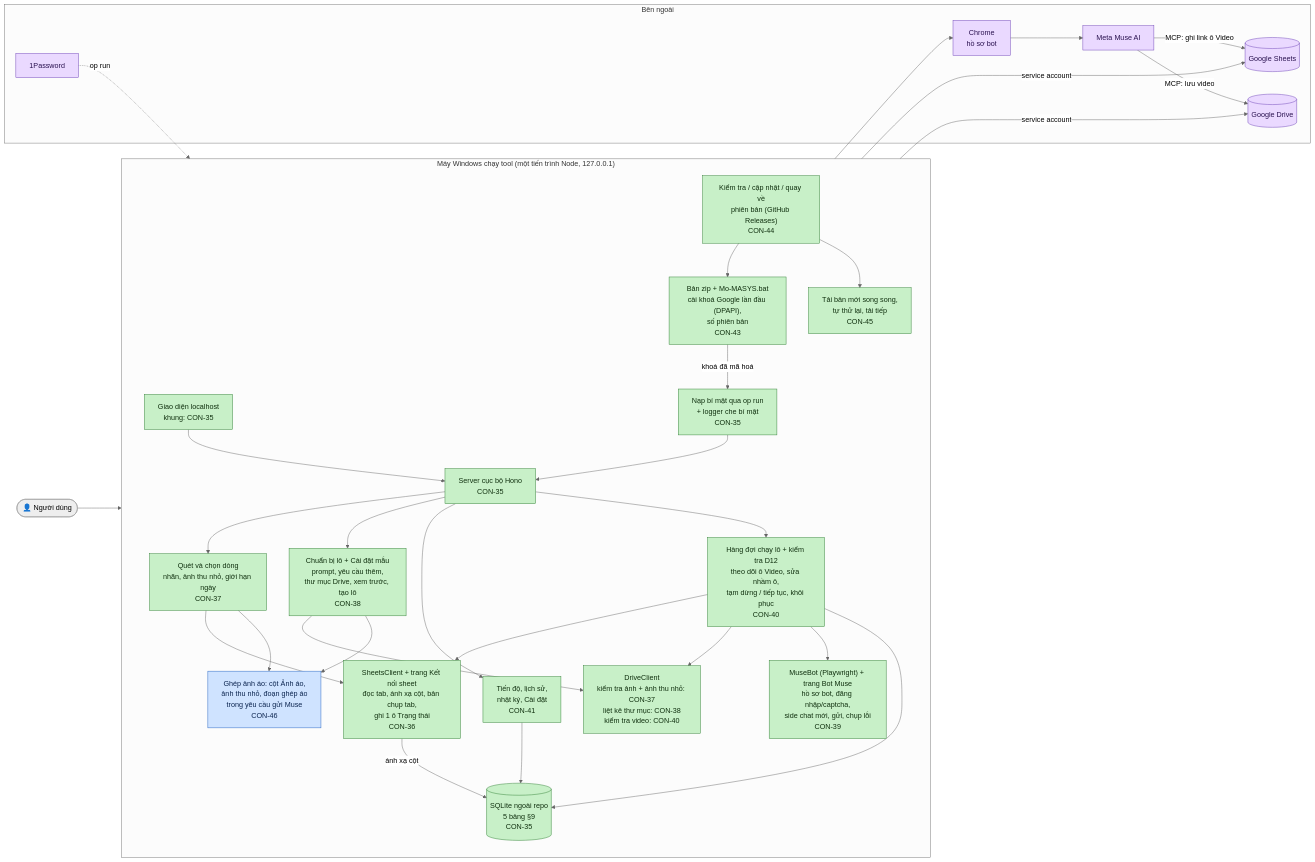
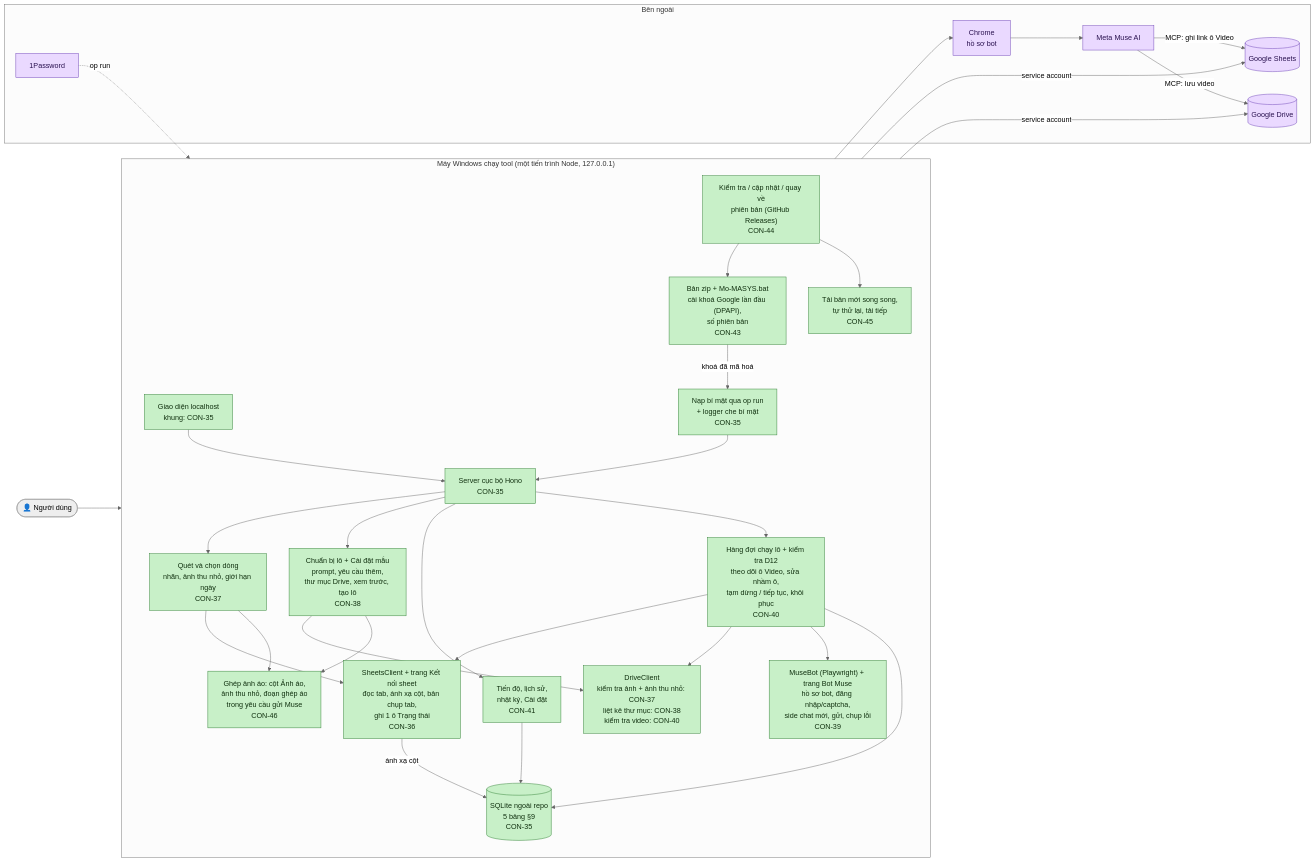
One commit to Bach1711/MASYS-VIDEO-GENERATOR changed the diagram in TIEN-DO.md. Above: the diagram before and after it, drawn with Mermaid (neutral theme). The commit also changed other lines of this file and 1 other file, not shown here.

````diff
--- a/TIEN-DO.md
+++ b/TIEN-DO.md
@@ -17,70 +17,70 @@
 ```mermaid
 flowchart LR
     user(["👤 Người dùng"])
 
     subgraph PC["Máy Windows chạy tool (một tiến trình Node, 127.0.0.1)"]
         direction TB
         ui["Giao diện localhost<br/>khung: CON-35"]
         server["Server cục bộ Hono<br/>CON-35"]
         secrets["Nạp bí mật qua op run<br/>+ logger che bí mật<br/>CON-35"]
         db[("SQLite ngoài repo<br/>5 bảng §9<br/>CON-35")]
 
         sheet["SheetsClient + trang Kết nối sheet<br/>đọc tab, ánh xạ cột, bản chụp tab,<br/>ghi 1 ô Trạng thái<br/>CON-36"]
         scan["Quét và chọn dòng<br/>nhãn, ảnh thu nhỏ, giới hạn ngày<br/>CON-37"]
         editor["Chuẩn bị lô + Cài đặt mẫu<br/>prompt, yêu cầu thêm,<br/>thư mục Drive, xem trước, tạo lô<br/>CON-38"]
         bot["MuseBot (Playwright) + trang Bot Muse<br/>hồ sơ bot, đăng nhập/captcha,<br/>side chat mới, gửi, chụp lỗi<br/>CON-39"]
         queue["Hàng đợi chạy lô + kiểm tra D12<br/>theo dõi ô Video, sửa nhầm ô,<br/>tạm dừng / tiếp tục, khôi phục<br/>CON-40"]
         drive["DriveClient<br/>kiểm tra ảnh + ảnh thu nhỏ: CON-37<br/>liệt kê thư mục: CON-38<br/>kiểm tra video: CON-40"]
         progress["Tiến độ, lịch sử,<br/>nhật ký, Cài đặt<br/>CON-41"]
         pack["Bản zip + Mo-MASYS.bat<br/>cài khoá Google lần đầu (DPAPI),<br/>số phiên bản<br/>CON-43"]
         update["Kiểm tra / cập nhật / quay về<br/>phiên bản (GitHub Releases)<br/>CON-44"]
         download["Tải bản mới song song,<br/>tự thử lại, tải tiếp<br/>CON-45"]
         shirt["Ghép ảnh áo: cột Ảnh áo,<br/>ảnh thu nhỏ, đoạn ghép áo<br/>trong yêu cầu gửi Muse<br/>CON-46"]
     end
 
     subgraph EXT["Bên ngoài"]
         gsheets[("Google Sheets")]
         gdrive[("Google Drive")]
         chrome["Chrome<br/>hồ sơ bot"]
         muse["Meta Muse AI"]
         op["1Password"]
     end
 
     user --> ui --> server
     server --> scan & editor & progress
     scan --> sheet
     editor --> drive
     server --> queue
     queue --> sheet & drive & bot
     queue --> db
     progress --> db
     sheet -- "ánh xạ cột" --> db
     sheet -- "service account" --> gsheets
     drive -- "service account" --> gdrive
     bot --> chrome --> muse
     muse -- "MCP: lưu video" --> gdrive
     muse -- "MCP: ghi link ô Video" --> gsheets
     op -. "op run" .-> secrets --> server
     pack -- "khoá đã mã hoá" --> secrets
     update --> pack
     update --> download
     scan --> shirt
     editor --> shirt
 
     classDef done fill:#c8f0c8,stroke:#2e7d32,color:#10300f
     classDef review fill:#cfe3ff,stroke:#1f5fbf,color:#0c2550
     classDef doing fill:#fff1b8,stroke:#b38600,color:#3d2e00
     classDef todo fill:#eeeeee,stroke:#9e9e9e,color:#333333
     classDef ext fill:#ead9ff,stroke:#6a3fb5,color:#2a1250
 
     class ui,server,secrets,db,sheet,scan,editor done
     class drive done
     class bot done
     class queue done
     class progress done
     class pack done
     class update done
     class download done
-    class shirt review
+    class shirt done
     class gsheets,gdrive,chrome,muse,op ext
 ```
````
